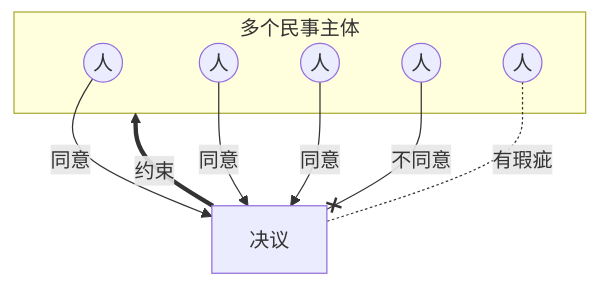
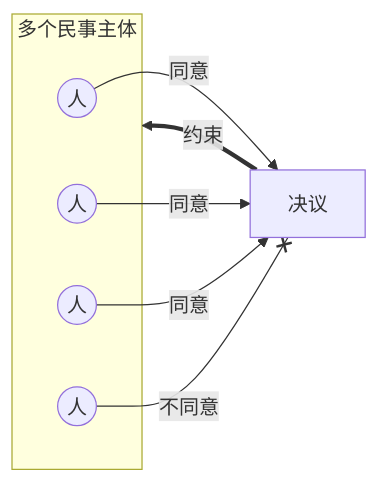
The fourth of 4 diagrams in content/法学/民商法/民法/民总/IV 法律行为/2. 法律行为的分类.md (chilly-chilli/ChillyChilli), drawn with Mermaid before and after one commit. The commit also changed other lines of this file and 23 other files, not shown here.

````diff
--- a/content/法学/民商法/民法/民总/IV 法律行为/2. 法律行为的分类.md
+++ b/content/法学/民商法/民法/民总/IV 法律行为/2. 法律行为的分类.md
@@ -69,10 +66,9 @@
 ```mermaid
-graph TD
+graph LR
 	subgraph 多个民事主体
-		A((人)) & B((人)) & C((人)) & D((人)) & E((人))
+		A((人)) & B((人)) & C((人)) & D((人)) 
 	end
 	A((人)) & B((人)) & C((人))  --同意--> 决议
 	D--不同意--x 决议
-	E-.有瑕疵.-决议
 	决议==约束==>多个民事主体
 ```
````
